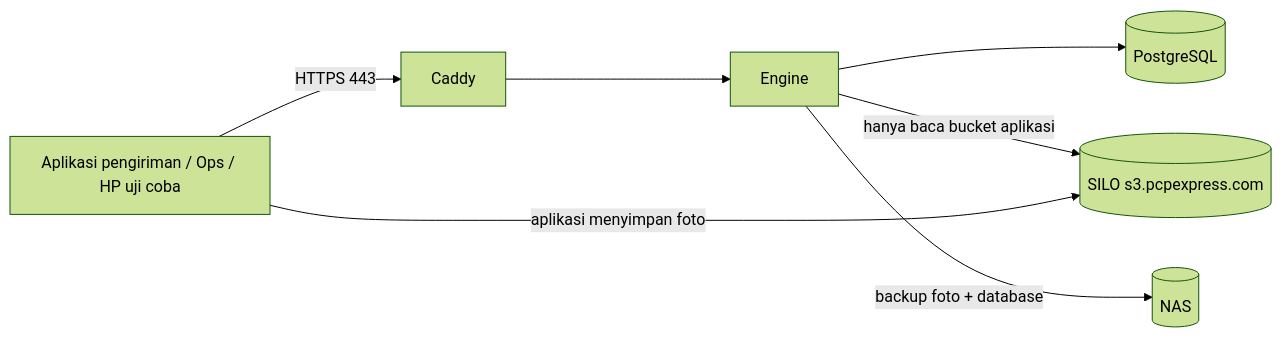
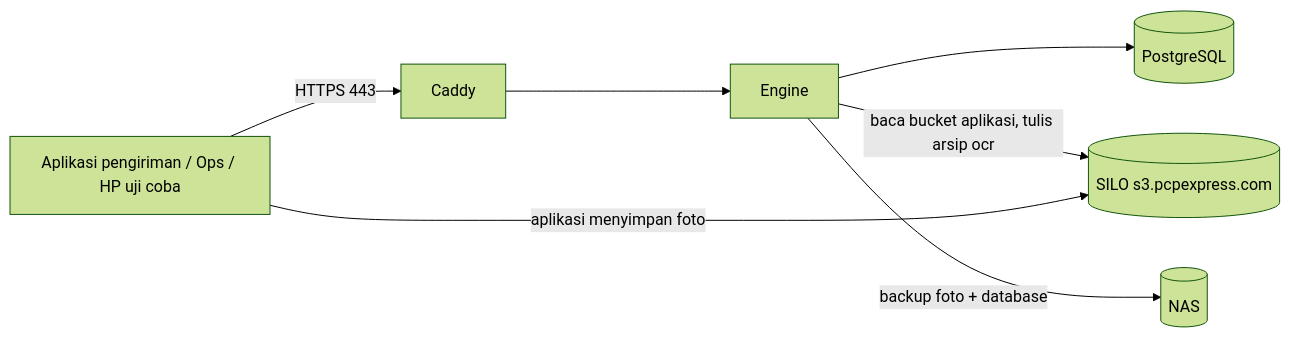
Before and after one commit to anas-fikri/ocr-engine: the diagram in docs/deploy-production.md, drawn with Mermaid (forest theme). The commit also changed other lines of this file and 5 other files, not shown here.

First line of the commit message:
docs: engine archive bucket ocr (in progress)

````diff
--- a/docs/deploy-production.md
+++ b/docs/deploy-production.md
@@ -9,9 +9,9 @@
 ```mermaid
 flowchart LR
     U[Aplikasi pengiriman / Ops / HP uji coba] -->|HTTPS 443| C[Caddy]
     C --> E[Engine]
     E --> P[(PostgreSQL)]
-    E -->|hanya baca bucket aplikasi| S[(SILO s3.pcpexpress.com)]
+    E -->|baca bucket aplikasi, tulis arsip ocr| S[(SILO s3.pcpexpress.com)]
     U -->|aplikasi menyimpan foto| S
     E -->|backup foto + database| N[(NAS)]
 ```
````
